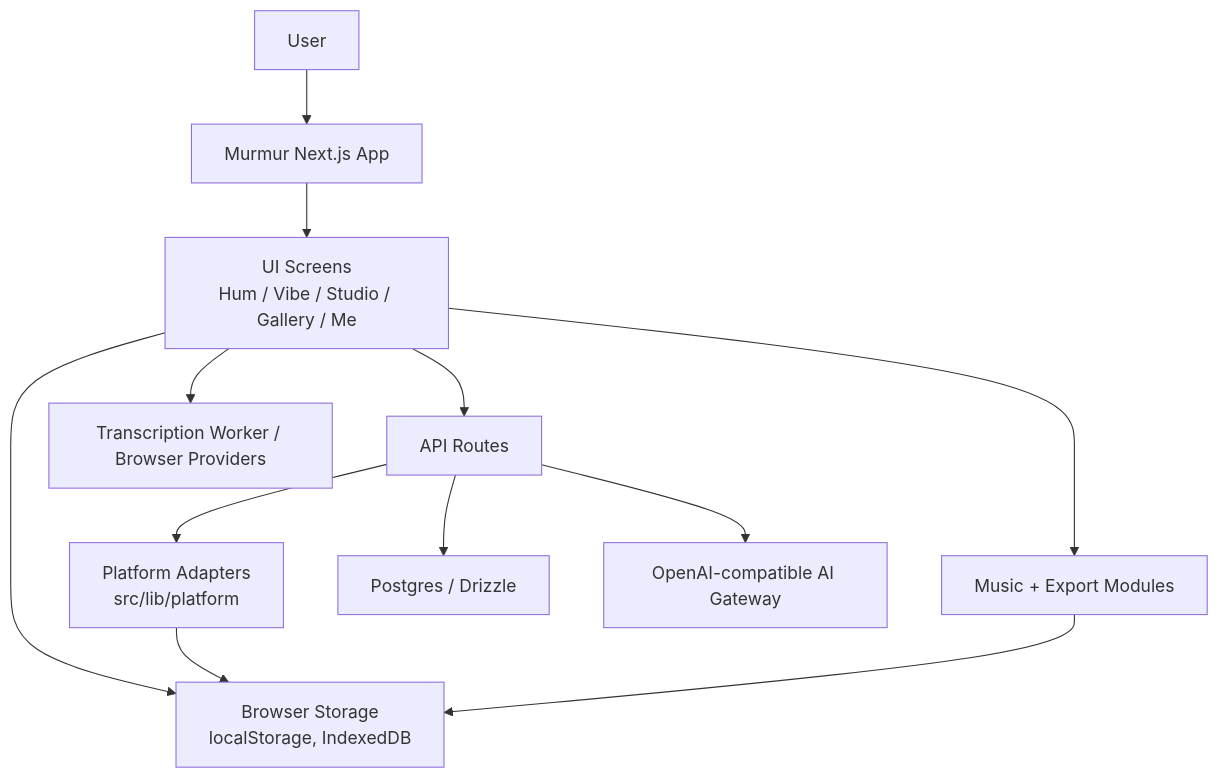
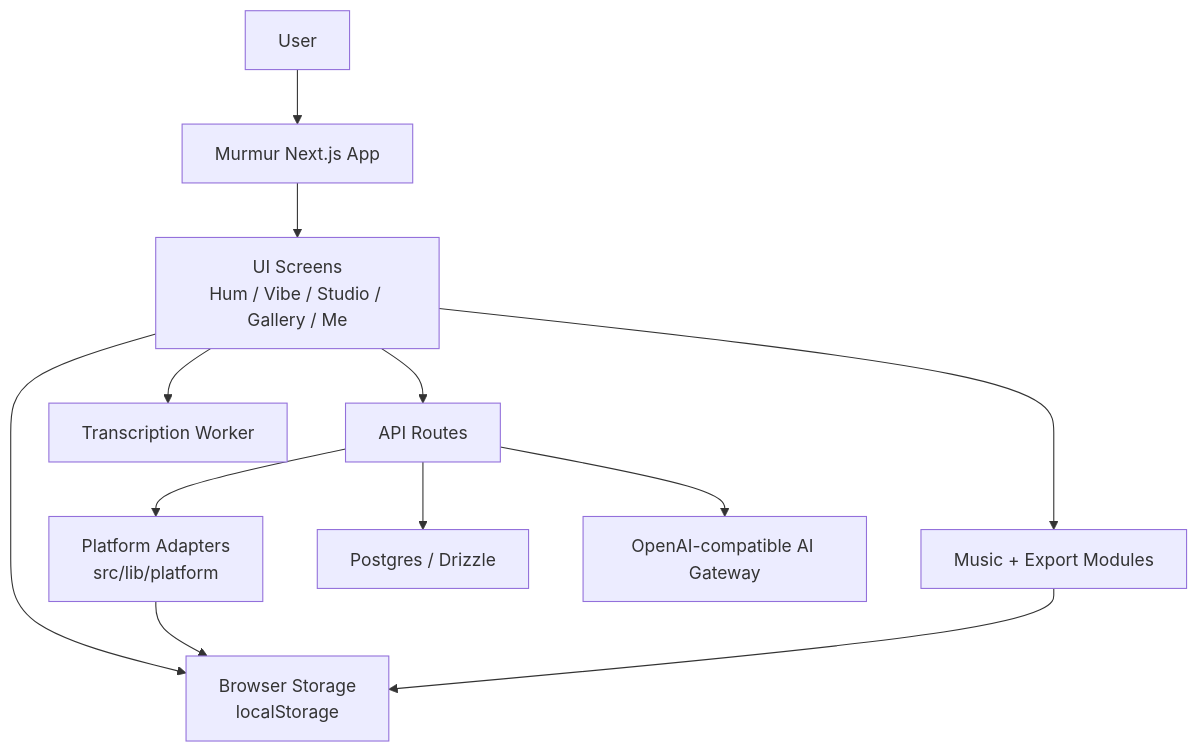
Before and after one commit to p-to-q/murmur: the diagram in docs/architecture.md, drawn with Mermaid. The commit also changed other lines of this file and 136 other files, not shown here.

````diff
--- a/docs/architecture.md
+++ b/docs/architecture.md
@@ -47,25 +47,25 @@
 ```mermaid
 flowchart TB
     user["User"]
     app["Murmur Next.js App"]
     ui["UI Screens\nHum / Vibe / Studio / Gallery / Me"]
     routes["API Routes"]
     platform["Platform Adapters\nsrc/lib/platform"]
     music["Music + Export Modules"]
     db["Postgres / Drizzle"]
     ai["OpenAI-compatible AI Gateway"]
-    worker["Transcription Worker / Browser Providers"]
-    storage["Browser Storage\nlocalStorage, IndexedDB"]
+    worker["Transcription Worker"]
+    storage["Browser Storage\nlocalStorage"]
 
     user --> app
     app --> ui
     ui --> routes
     ui --> worker
     ui --> storage
     ui --> music
     routes --> platform
     routes --> db
     routes --> ai
     platform --> storage
     music --> storage
 ```
````
